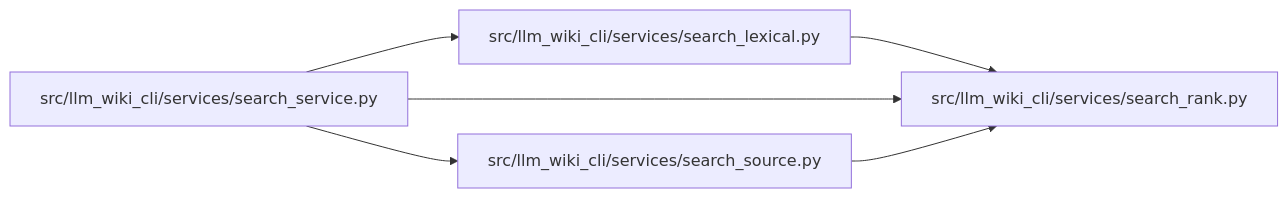
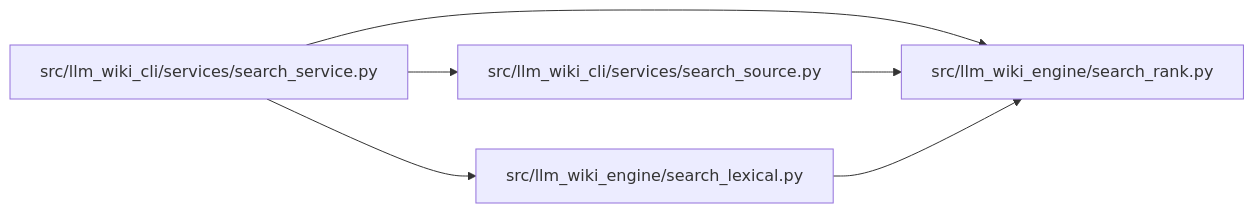
Before and after one commit to Denissvgn/python-wiki-llm: the diagram in docs/llm_wiki/modules/search_rank.md, drawn with Mermaid. The commit also changed other lines of this file and 1103 other files, not shown here.

First line of the commit message:
docs: refresh the wiki for the llm-wiki-engine distribution

````diff
--- a/docs/llm_wiki/modules/search_rank.md
+++ b/docs/llm_wiki/modules/search_rank.md
@@ -29,16 +29,16 @@
 ```mermaid
 flowchart LR
-    n0["src/llm_wiki_cli/services/search_lexical.py"]
-    n1["src/llm_wiki_cli/services/search_rank.py"]
-    n2["src/llm_wiki_cli/services/search_service.py"]
-    n3["src/llm_wiki_cli/services/search_source.py"]
+    n0["src/llm_wiki_cli/services/search_service.py"]
+    n1["src/llm_wiki_cli/services/search_source.py"]
+    n2["src/llm_wiki_engine/search_lexical.py"]
+    n3["src/llm_wiki_engine/search_rank.py"]
     n0 --> n1
-    n2 --> n0
-    n2 --> n1
+    n0 --> n2
+    n0 --> n3
+    n1 --> n3
     n2 --> n3
-    n3 --> n1
-    click n0 "../modules/search_lexical.md"
-    click n1 "../modules/search_rank.md"
-    click n2 "../modules/search_service.md"
-    click n3 "../modules/search_source.md"
+    click n0 "../modules/search_service.md"
+    click n1 "../modules/search_source.md"
+    click n2 "../modules/search_lexical.md"
+    click n3 "../modules/search_rank.md"
 ```
````
